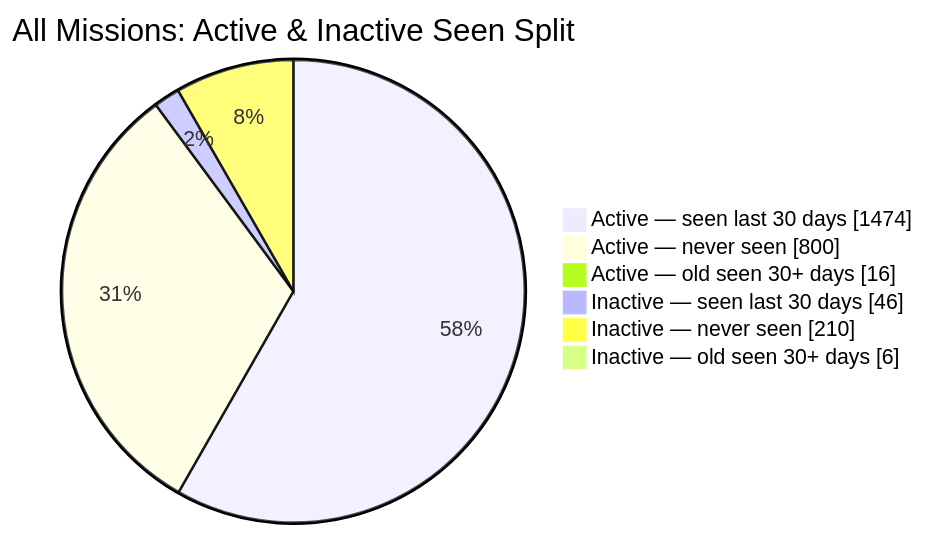
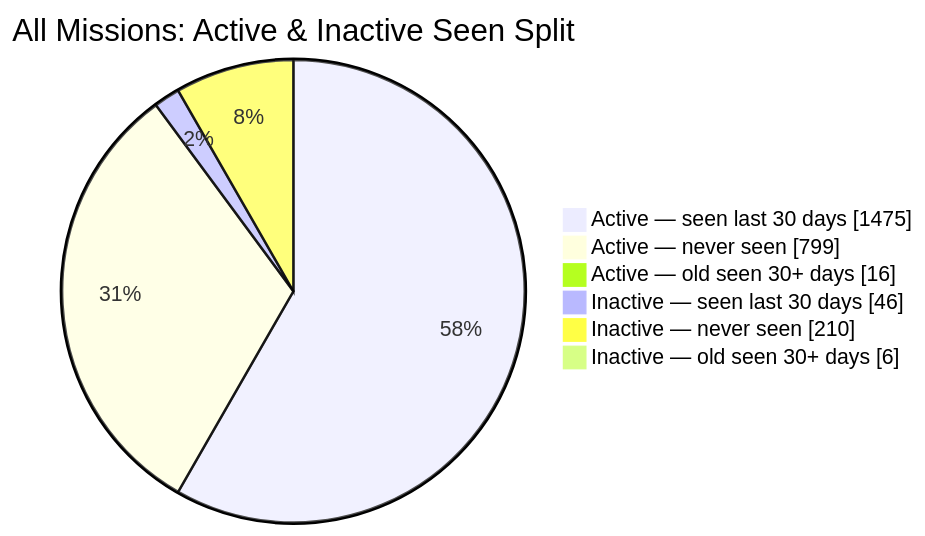
Before and after one commit to MeldkamerspelGameTeam/active-missions: the second of 2 diagrams in README.md, drawn with Mermaid. The commit also changed other lines of this file and 2 other files, not shown here.

````diff
--- a/README.md
+++ b/README.md
@@ -44,10 +44,10 @@
 ```mermaid
 pie showData
     title All Missions: Active & Inactive Seen Split
-    "Active — seen last 30 days" : 1474
-    "Active — never seen" : 800
+    "Active — seen last 30 days" : 1475
+    "Active — never seen" : 799
     "Active — old seen 30+ days" : 16
     "Inactive — seen last 30 days" : 46
     "Inactive — never seen" : 210
     "Inactive — old seen 30+ days" : 6
 ```
````
